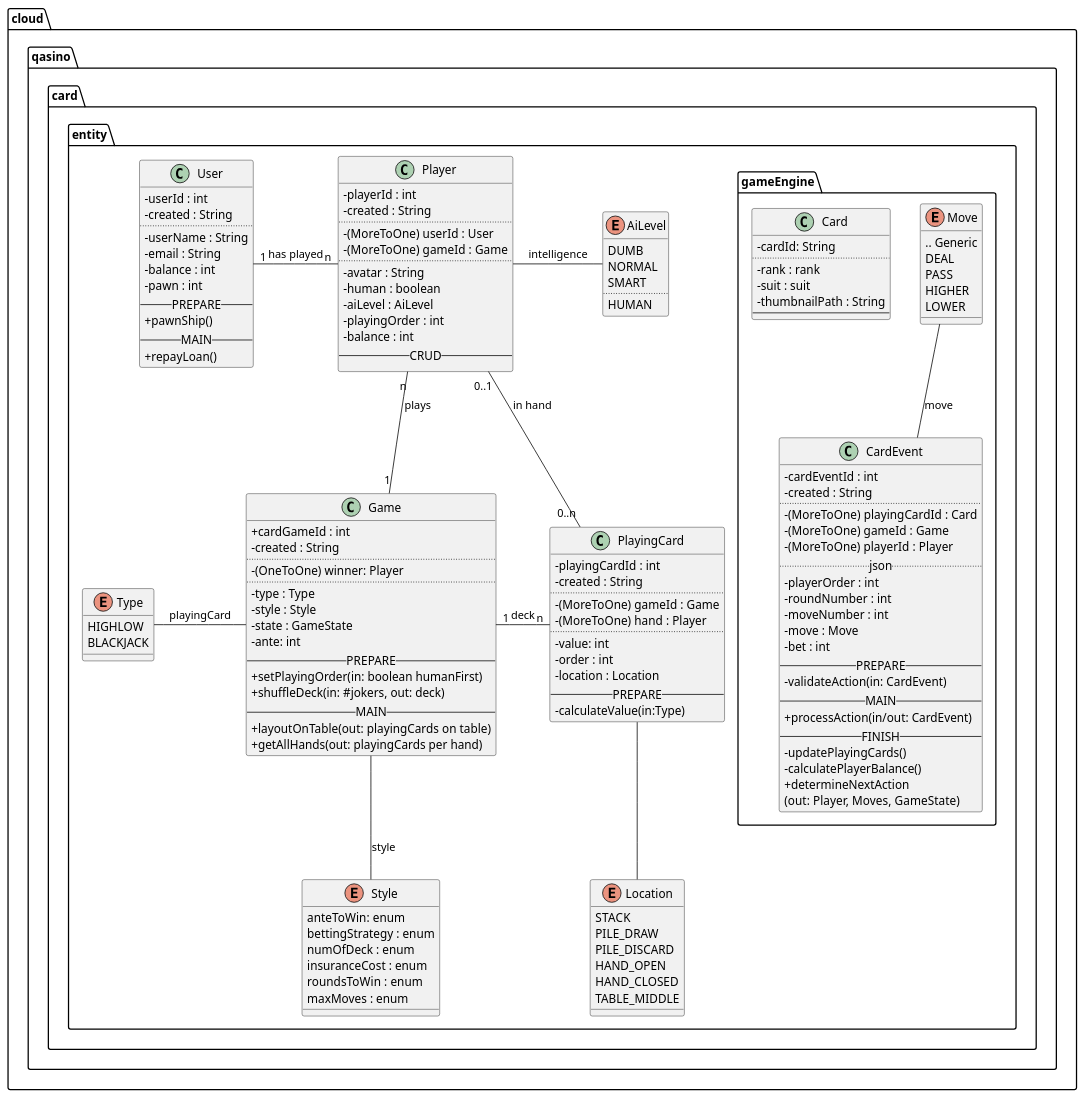
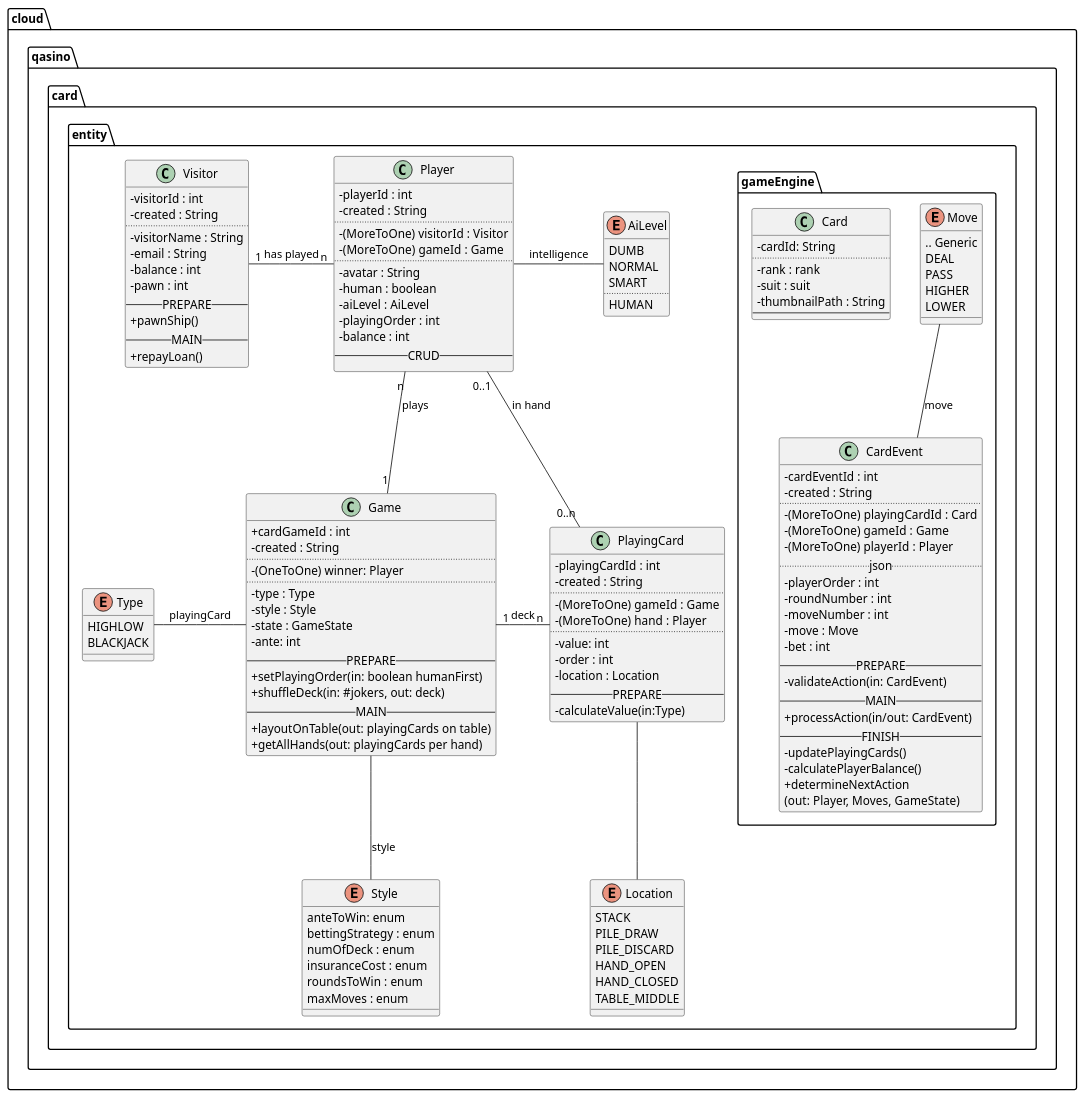
One commit to saalk/qasino changed the diagram in server/webapp/src/main/java/cloud/qasino/games/database/entity/Qasino.puml. Above: the diagram before and after it, drawn with PlantUML. The commit also changed 339 other files, not shown here.

```diff
--- a/server/webapp/src/main/java/cloud/qasino/games/database/entity/Qasino.puml
+++ b/server/webapp/src/main/java/cloud/qasino/games/database/entity/Qasino.puml
@@ -1,151 +1,151 @@
 @startuml src/main/resources/plantuml/Casino.png
 		skinparam classAttributeIconSize 0
 		package "cloud.qasino.card" {
 		package "entity" {
 
-class User {
-- userId : int
+class Visitor {
+- visitorId : int
 - created : String
 ..
-- userName : String
+- visitorName : String
 - email : String
 - balance : int
 - pawn : int
 -- PREPARE --
 + pawnShip()
 -- MAIN --
 + repayLoan()
 }
-User "1" -right- "n" Player: has played
+Visitor "1" -right- "n" Player: has played
 
 class Player {
 - playerId : int
 - created : String
 ..
-- (MoreToOne) userId : User
+- (MoreToOne) visitorId : Visitor
 - (MoreToOne) gameId : Game
 ..
 - avatar : String
 - human : boolean
 - aiLevel : AiLevel
 - playingOrder : int
 - balance : int
 -- CRUD --
 }
 Player -right- AiLevel : intelligence
 Player "n" -down- "1" Game : plays
 
 enum AiLevel {
 DUMB
 NORMAL
 SMART
 ..
 HUMAN
 }
 
 class Game {
 + cardGameId : int
 - created : String
 ..
 - (OneToOne) winner: Player
 ..
 - type : Type
 - style : Style
 - state : GameState
 - ante: int
 -- PREPARE --
 + setPlayingOrder(in: boolean humanFirst)
 + shuffleDeck(in: #jokers, out: deck)
 -- MAIN --
 + layoutOnTable(out: playingCards on table)
 + getAllHands(out: playingCards per hand)
 }
 
 Game -left- Type : playingCard
 Game -down- Style : style
 Game "1" -right- "n" PlayingCard : deck
 
 enum Type {
 HIGHLOW
 BLACKJACK
 }
 
 enum Style {
 	anteToWin: enum
 	bettingStrategy : enum
 	numOfDeck : enum
 	insuranceCost : enum
 	roundsToWin : enum
 	maxMoves : enum
 }
 
 class PlayingCard {
 - playingCardId : int
 - created : String
 ..
 - (MoreToOne) gameId : Game
 - (MoreToOne) hand : Player
 ..
 - value: int
 - order : int
 - location : Location
 -- PREPARE --
 - calculateValue(in:Type)
 }
 PlayingCard -down- Location
 PlayingCard "0..n" -up- "0..1" Player : in hand
 
 enum Location {
 STACK
 PILE_DRAW
 PILE_DISCARD
 HAND_OPEN
 HAND_CLOSED
 TABLE_MIDDLE
 }
 
 
 package "gameEngine" {
 class Card {
 - cardId: String
 ..
 - rank : rank
 - suit : suit
 - thumbnailPath : String
 --
 }
 
 class CardEvent {
 - cardEventId : int
 - created : String
 ..
 - (MoreToOne) playingCardId : Card
 - (MoreToOne) gameId : Game
 - (MoreToOne) playerId : Player
 .. json..
 - playerOrder : int
 - roundNumber : int
 - moveNumber : int
 - move : Move
 - bet : int
 -- PREPARE --
 - validateAction(in: CardEvent)
 -- MAIN --
 + processAction(in/out: CardEvent)
 -- FINISH --
 - updatePlayingCards()
 - calculatePlayerBalance()
 + determineNextAction
 (out: Player, Moves, GameState)
 }
 CardEvent -up- Move : move
 
 enum Move {
 .. Generic
 DEAL
 PASS
 HIGHER
 LOWER
 }
 }
 @enduml
```
